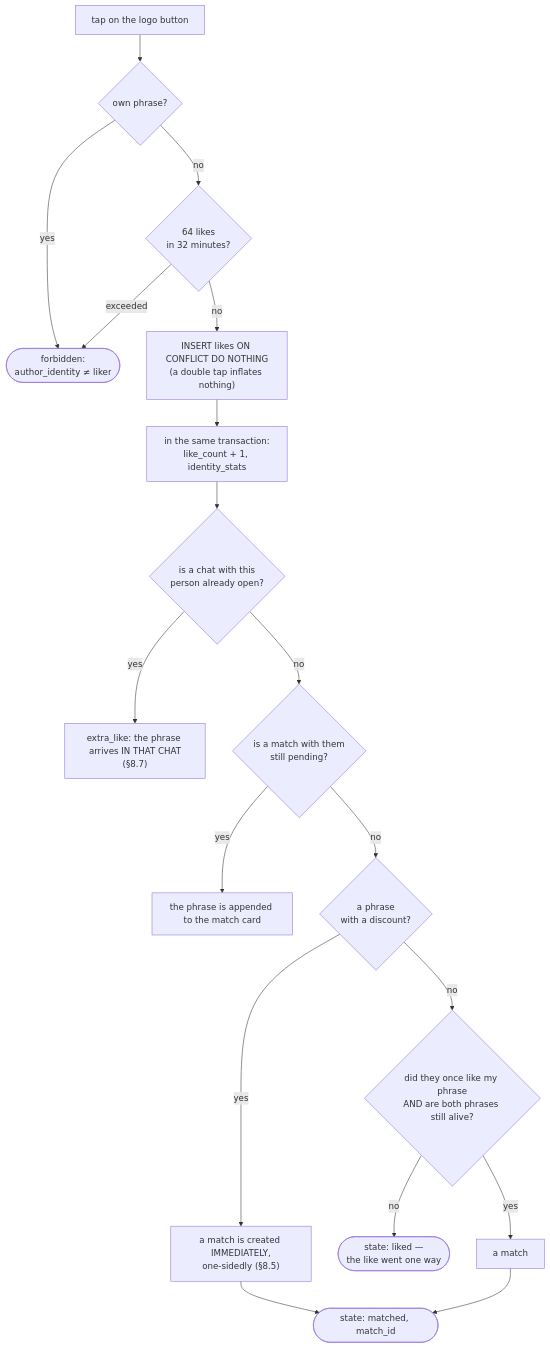
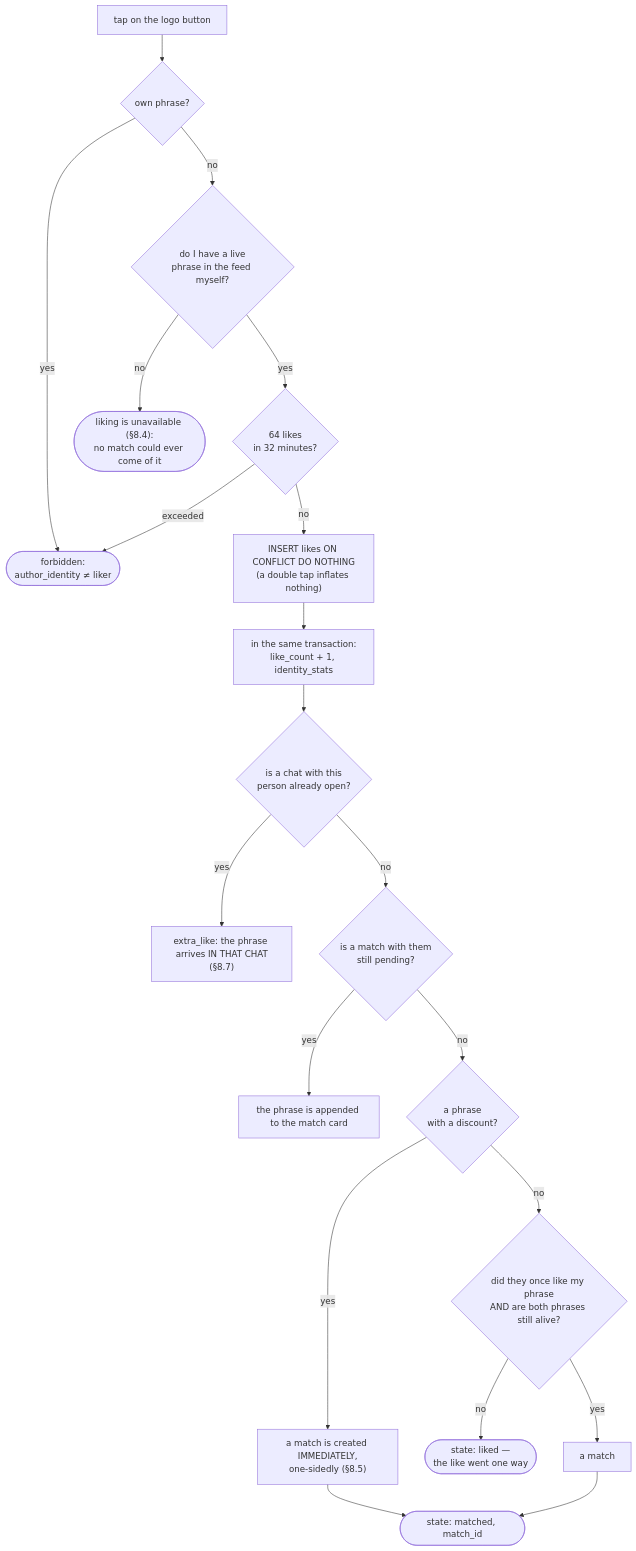
The ninth of 29 diagrams in docs/chat-flows_EN.md (panov-id/xor.ad), drawn with Mermaid before and after one commit. The commit also changed other lines of this file and 9 other files, not shown here.

First line of the commit message:
Walk every flow against the decisions, and write down what proves them

````diff
--- a/docs/chat-flows_EN.md
+++ b/docs/chat-flows_EN.md
@@ -303,20 +320,22 @@
 ```mermaid
 flowchart TD
   tap["tap on the logo button"] --> self{"own phrase?"}
   self -- "yes" --> no(["forbidden:<br/>author_identity ≠ liker"])
-  self -- "no" --> rate{"64 likes<br/>in 32 minutes?"}
+  self -- "no" --> alive{"do I have a live<br/>phrase in the feed myself?"}
+  alive -- "no" --> nolike(["liking is unavailable #40;§8.4#41;:<br/>no match could ever come of it"])
+  alive -- "yes" --> rate{"64 likes<br/>in 32 minutes?"}
   rate -- "exceeded" --> no
   rate -- "no" --> ins["INSERT likes ON CONFLICT DO NOTHING<br/>#40;a double tap inflates nothing#41;"]
   ins --> counters["in the same transaction:<br/>like_count + 1, identity_stats"]
   counters --> chat{"is a chat with this<br/>person already open?"}
   chat -- "yes" --> extra["extra_like: the phrase arrives IN THAT CHAT<br/>#40;§8.7#41;"]
   chat -- "no" --> hanging{"is a match with them<br/>still pending?"}
   hanging -- "yes" --> card["the phrase is appended to the match card"]
   hanging -- "no" --> discount{"a phrase<br/>with a discount?"}
   discount -- "yes" --> m1["a match is created IMMEDIATELY,<br/>one-sidedly #40;§8.5#41;"]
   discount -- "no" --> mutual{"did they once like my phrase<br/>AND are both phrases still alive?"}
   mutual -- "no" --> quiet(["state: liked —<br/>the like went one way"])
   mutual -- "yes" --> m2["a match"]
   m1 --> matched(["state: matched, match_id"])
   m2 --> matched
 ```
````
